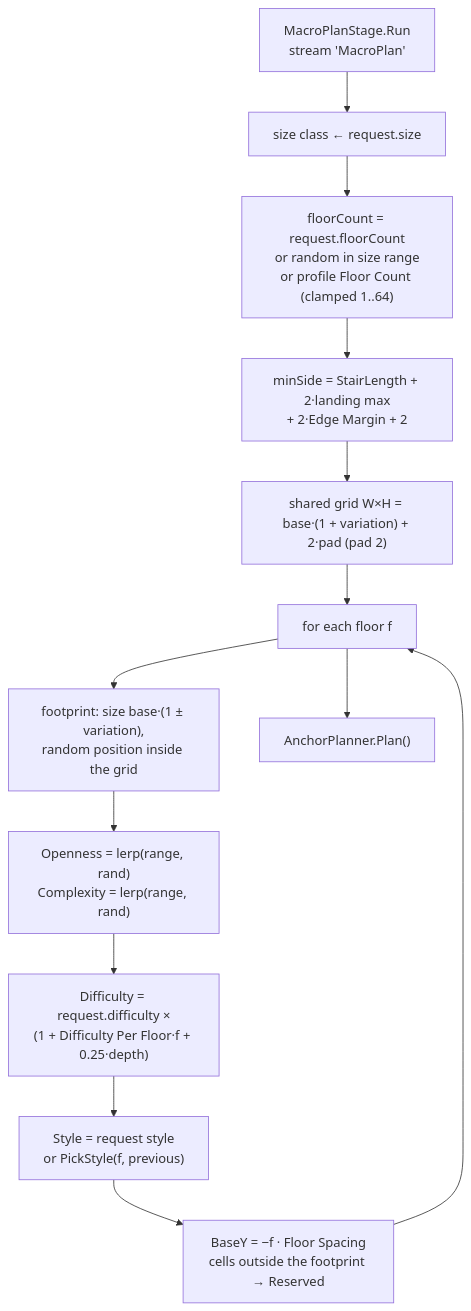
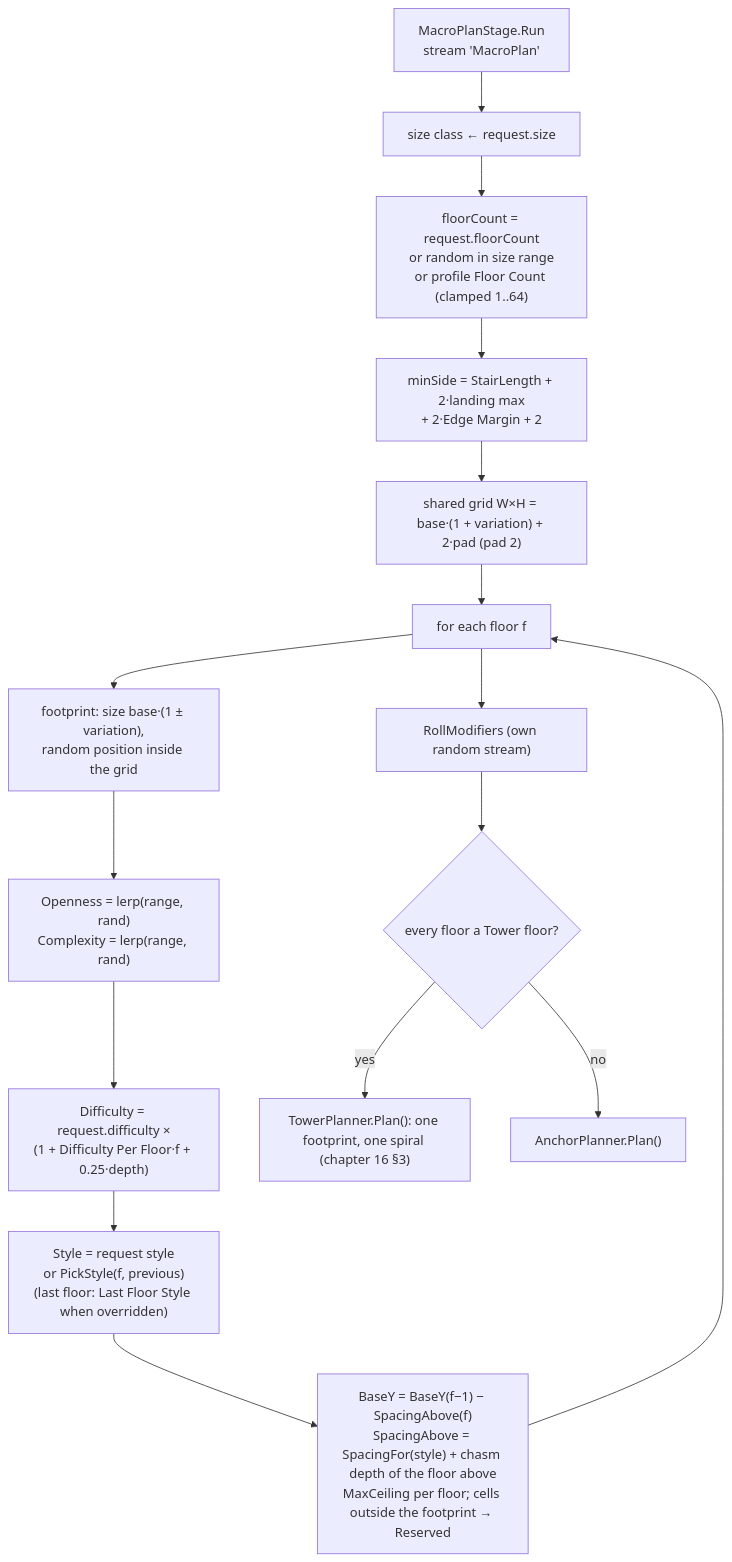
Before and after one commit to Kaynan-Jamelaumn/SimpleMovementsUnityPackage: the first of 5 diagrams in Documentation/Dungeon/03-Macro-Plan.md, drawn with Mermaid. The commit also changed other lines of this file and 161 other files, not shown here.

````diff
--- a/Documentation/Dungeon/03-Macro-Plan.md
+++ b/Documentation/Dungeon/03-Macro-Plan.md
@@ -21,15 +22,18 @@
 ```mermaid
 flowchart TD
     A["MacroPlanStage.Run<br/>stream 'MacroPlan'"] --> B["size class ← request.size"]
     B --> C["floorCount = request.floorCount<br/>or random in size range<br/>or profile Floor Count (clamped 1..64)"]
     C --> D["minSide = StairLength + 2·landing max<br/>+ 2·Edge Margin + 2"]
     D --> E["shared grid W×H = base·(1 + variation) + 2·pad (pad 2)"]
     E --> F["for each floor f"]
     F --> G["footprint: size base·(1 ± variation),<br/>random position inside the grid"]
     G --> H["Openness = lerp(range, rand)<br/>Complexity = lerp(range, rand)"]
     H --> I["Difficulty = request.difficulty ×<br/>(1 + Difficulty Per Floor·f + 0.25·depth)"]
-    I --> J["Style = request style<br/>or PickStyle(f, previous)"]
-    J --> K["BaseY = −f · Floor Spacing<br/>cells outside the footprint → Reserved"]
+    I --> J["Style = request style<br/>or PickStyle(f, previous)<br/>(last floor: Last Floor Style when overridden)"]
+    J --> K["BaseY = BaseY(f−1) − SpacingAbove(f)<br/>SpacingAbove = SpacingFor(style) + chasm depth of the floor above<br/>MaxCeiling per floor; cells outside the footprint → Reserved"]
     K --> F
-    F --> L["AnchorPlanner.Plan()"]
+    F --> M["RollModifiers (own random stream)"]
+    M --> T{"every floor a Tower floor?"}
+    T -- yes --> TP["TowerPlanner.Plan(): one footprint, one spiral (chapter 16 §3)"]
+    T -- no --> L["AnchorPlanner.Plan()"]
 ```
````
